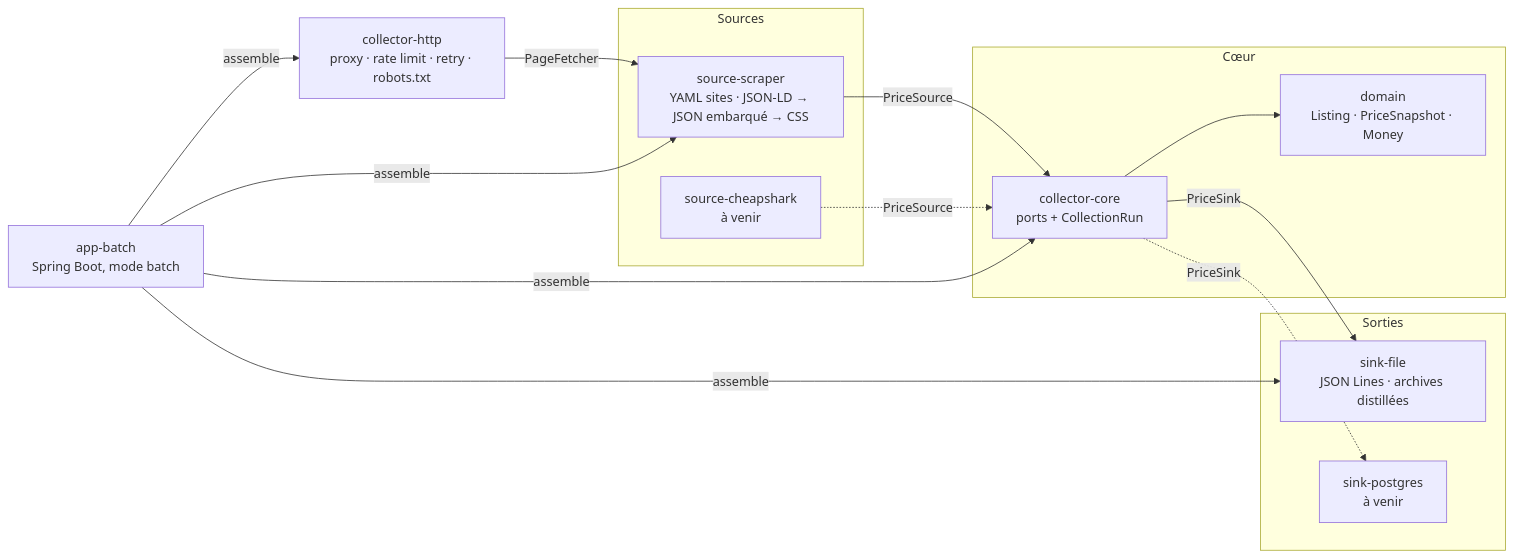
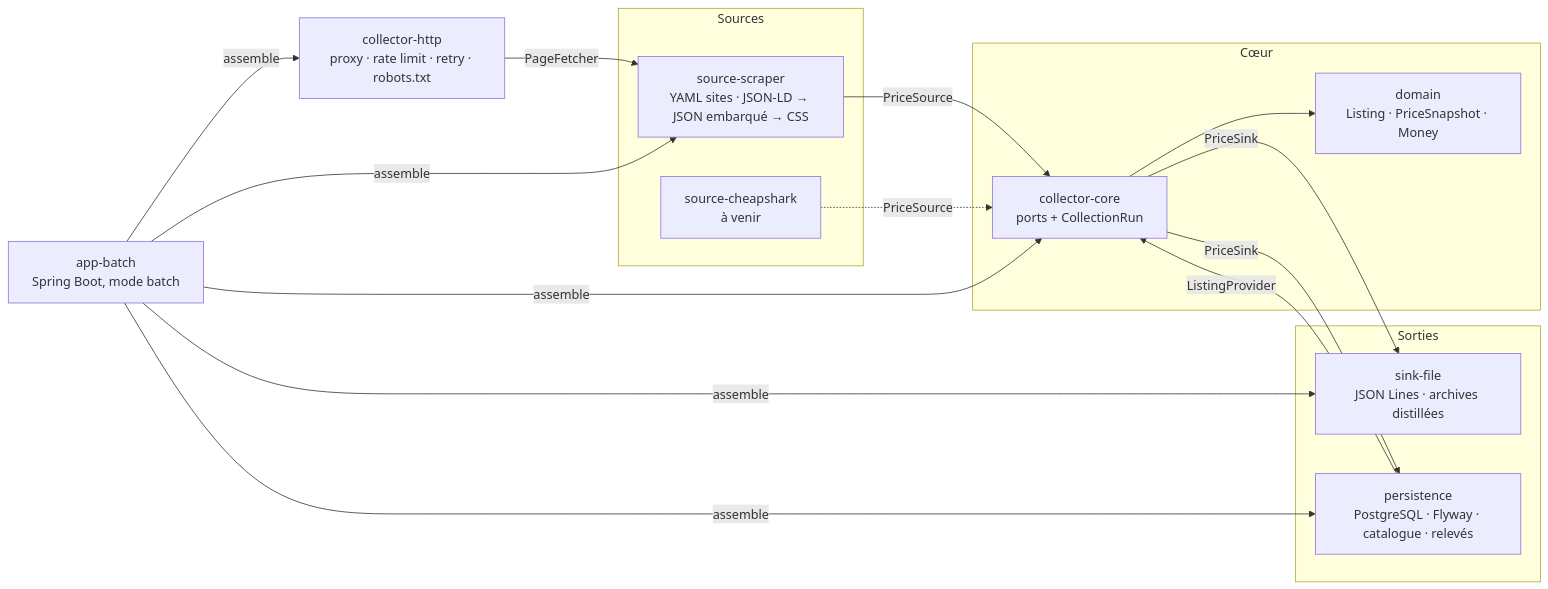
One commit to tom2824/pricing-intel changed the diagram in README.md. Above: the diagram before and after it, drawn with Mermaid. The commit also changed other lines of this file and 48 other files, not shown here.

First line of the commit message:
Persistance PostgreSQL : schéma Flyway, catalogue JPA, relevés quotidiens avec quarantaine, échecs stockés

````diff
--- a/README.md
+++ b/README.md
@@ -18,25 +19,26 @@
 ```mermaid
 flowchart LR
     subgraph adapters_in [Sources]
         scraper[source-scraper<br/>YAML sites · JSON-LD → JSON embarqué → CSS]
         api[source-cheapshark<br/>à venir]
     end
     subgraph core [Cœur]
         domain[domain<br/>Listing · PriceSnapshot · Money]
         collector[collector-core<br/>ports + CollectionRun]
     end
     subgraph adapters_out [Sorties]
         file[sink-file<br/>JSON Lines · archives distillées]
-        pg[sink-postgres<br/>à venir]
+        pg[persistence<br/>PostgreSQL · Flyway · catalogue · relevés]
     end
     http[collector-http<br/>proxy · rate limit · retry · robots.txt]
     batch[app-batch<br/>Spring Boot, mode batch]
 
     scraper -- PriceSource --> collector
     api -. PriceSource .-> collector
     http -- PageFetcher --> scraper
     collector -- PriceSink --> file
-    collector -. PriceSink .-> pg
+    collector -- PriceSink --> pg
+    pg -- ListingProvider --> collector
     collector --> domain
-    batch -- assemble --> scraper & http & file & collector
+    batch -- assemble --> scraper & http & file & pg & collector
 ```
````
